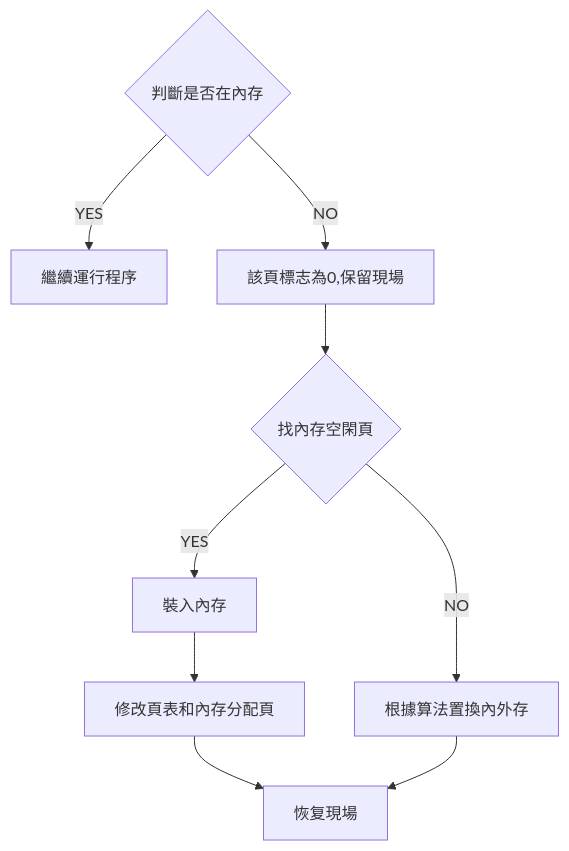
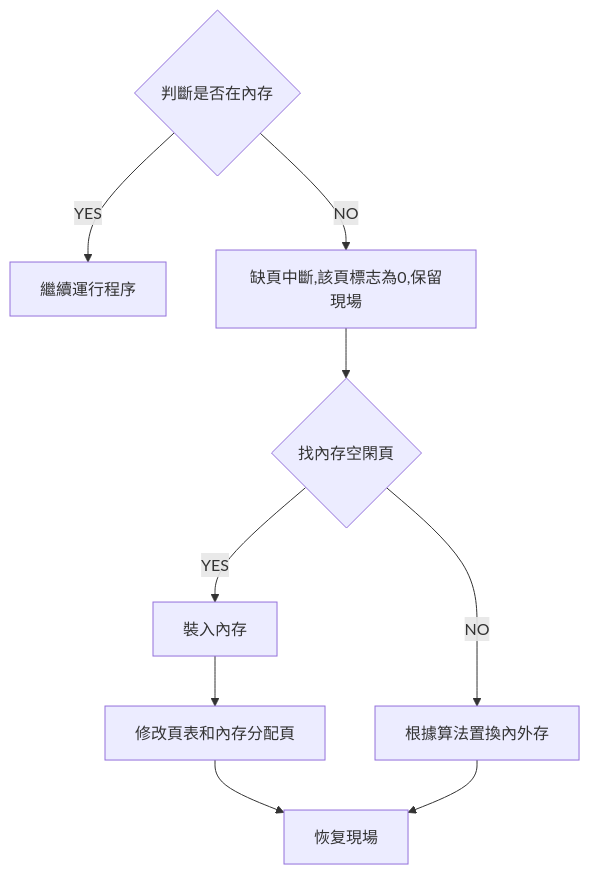
One commit to chchoiw/chchoiw.github.io changed the fifth of 5 diagrams in _posts/2021-08-04-operating_system.md. Above: the diagram before and after it, drawn with Mermaid.

````diff
--- a/_posts/2021-08-04-operating_system.md
+++ b/_posts/2021-08-04-operating_system.md
@@ -241,11 +241,11 @@
 ```mermaid
 graph TD
 A{判斷是否在內存}-- YES -->B[繼續運行程序]
-A-- NO -->C[該頁標志為0,保留現場]
+A-- NO -->C[缺頁中斷,該頁標志為0,保留現場]
 C-->D{找內存空閑頁}
 D-- YES -->E[裝入內存]
 E-->F[修改頁表和內存分配頁]
 D-- NO -->G[根據算法置換內外存]
 F-->H[恢复現場]
 G-->H
 ```
````
